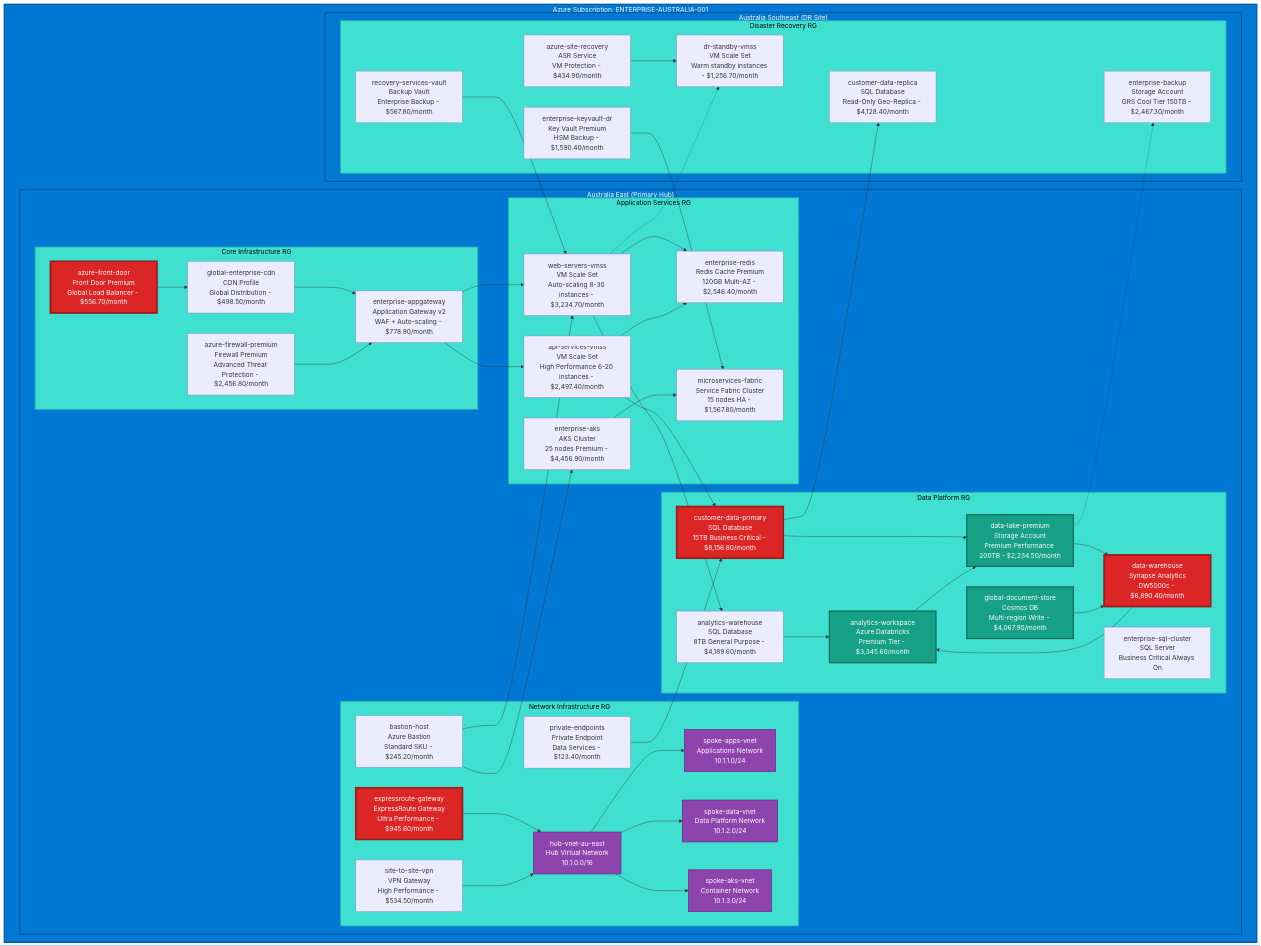
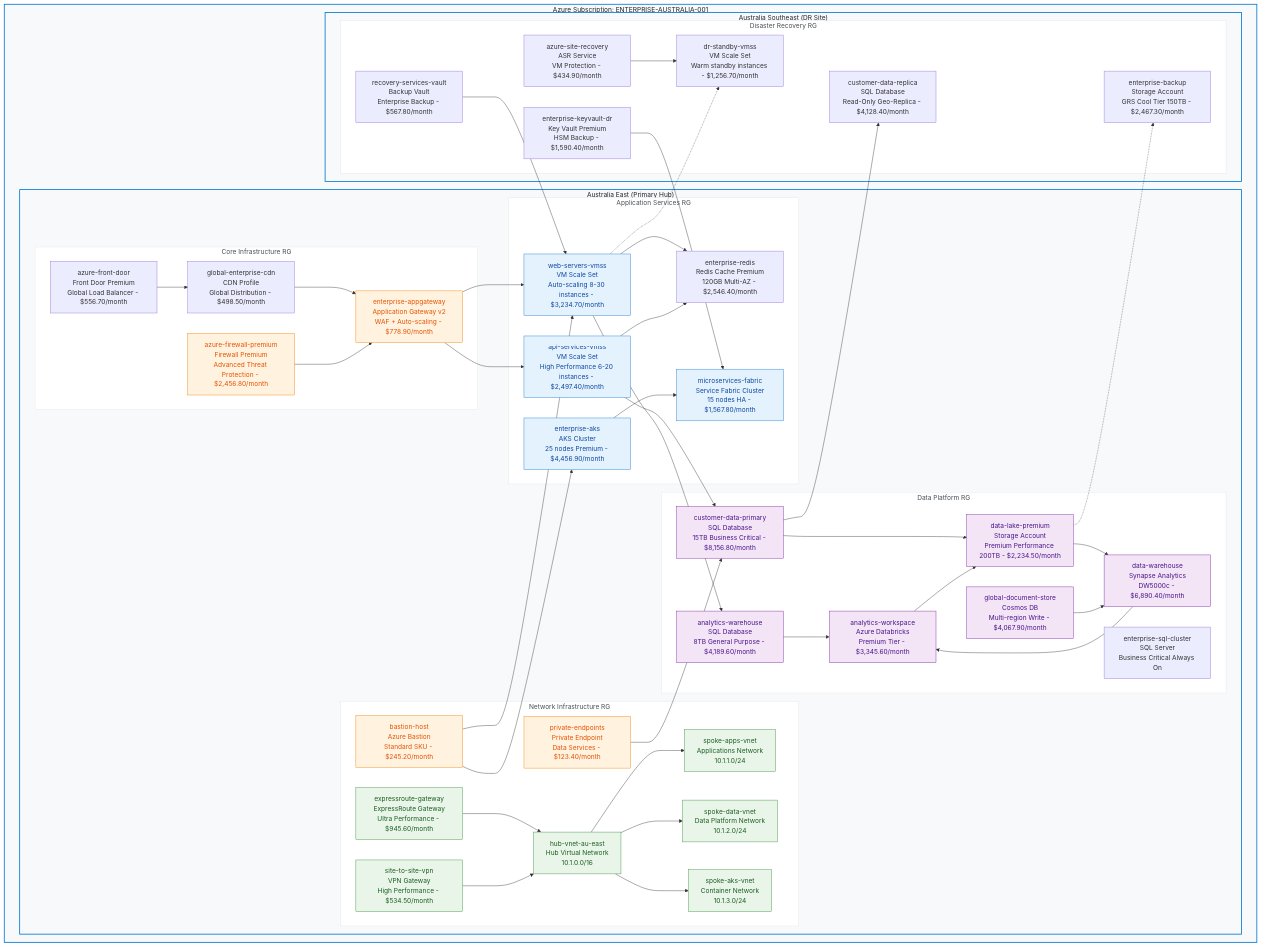
The first of 3 diagrams in README.md (navidrast/cloudviz), drawn with Mermaid before and after one commit. The commit also changed other lines of this file, not shown here.

First line of the commit message:
style:  Beautiful minimal portal-style colors for all cloud diagrams

````diff
--- a/README.md
+++ b/README.md
@@ -18,63 +18,64 @@
 %% CloudViz Auto-Generated Infrastructure Diagram
 %% Scan Date: 2025-09-20 | Resources: 38 | Regions: 4 | Monthly Cost: $24,567.80
 flowchart TD
-    subgraph azure[" Azure Subscription: ENTERPRISE-AUSTRALIA-001"]
-        subgraph au_east[" Australia East (Primary Hub)"]
-            subgraph core_rg[" Core Infrastructure RG"]
-                cdn[" global-enterprise-cdn<br/>CDN Profile<br/>Global Distribution - $498.50/month"]
-                firewall[" azure-firewall-premium<br/>Firewall Premium<br/>Advanced Threat Protection - $2,456.80/month"]
-                appgw[" enterprise-appgateway<br/>Application Gateway v2<br/>WAF + Auto-scaling - $778.90/month"]
-                frontdoor[" azure-front-door<br/>Front Door Premium<br/>Global Load Balancer - $556.70/month"]
+    subgraph azure["Azure Subscription: ENTERPRISE-AUSTRALIA-001"]
+        subgraph au_east["Australia East (Primary Hub)"]
+            subgraph core_rg["Core Infrastructure RG"]
+                cdn["global-enterprise-cdn<br/>CDN Profile<br/>Global Distribution - $498.50/month"]
+                firewall["azure-firewall-premium<br/>Firewall Premium<br/>Advanced Threat Protection - $2,456.80/month"]
+                appgw["enterprise-appgateway<br/>Application Gateway v2<br/>WAF + Auto-scaling - $778.90/month"]
+                frontdoor["azure-front-door<br/>Front Door Premium<br/>Global Load Balancer - $556.70/month"]
             end
             
-            subgraph app_rg[" Application Services RG"]
-                vmss_web[" web-servers-vmss<br/>VM Scale Set<br/>Auto-scaling 8-30 instances - $3,234.70/month"]
-                vmss_api[" api-services-vmss<br/>VM Scale Set<br/>High Performance 6-20 instances - $2,497.40/month"]
-                redis_cache[" enterprise-redis<br/>Redis Cache Premium<br/>120GB Multi-AZ - $2,546.40/month"]
-                service_fabric[" microservices-fabric<br/>Service Fabric Cluster<br/>15 nodes HA - $1,567.80/month"]
-                aks_cluster[" enterprise-aks<br/>AKS Cluster<br/>25 nodes Premium - $4,456.90/month"]
+            subgraph app_rg["Application Services RG"]
+                vmss_web["web-servers-vmss<br/>VM Scale Set<br/>Auto-scaling 8-30 instances - $3,234.70/month"]
+                vmss_api["api-services-vmss<br/>VM Scale Set<br/>High Performance 6-20 instances - $2,497.40/month"]
+                redis_cache["enterprise-redis<br/>Redis Cache Premium<br/>120GB Multi-AZ - $2,546.40/month"]
+                service_fabric["microservices-fabric<br/>Service Fabric Cluster<br/>15 nodes HA - $1,567.80/month"]
+                aks_cluster["enterprise-aks<br/>AKS Cluster<br/>25 nodes Premium - $4,456.90/month"]
             end
             
-            subgraph data_rg[" Data Platform RG"]
-                sqlserver[" enterprise-sql-cluster<br/>SQL Server<br/>Business Critical Always On"]
-                sqldb_primary[" customer-data-primary<br/>SQL Database<br/>15TB Business Critical - $8,156.80/month"]
-                sqldb_analytics[" analytics-warehouse<br/>SQL Database<br/>8TB General Purpose - $4,189.60/month"]
-                cosmos_global[" global-document-store<br/>Cosmos DB<br/>Multi-region Write - $4,067.90/month"]
-                synapse[" data-warehouse<br/>Synapse Analytics<br/>DW5000c - $6,890.40/month"]
-                databricks[" analytics-workspace<br/>Azure Databricks<br/>Premium Tier - $3,345.60/month"]
-                storage_data[" data-lake-premium<br/>Storage Account<br/>Premium Performance 200TB - $2,234.50/month"]
+            subgraph data_rg["Data Platform RG"]
+                sqlserver["enterprise-sql-cluster<br/>SQL Server<br/>Business Critical Always On"]
+                sqldb_primary["customer-data-primary<br/>SQL Database<br/>15TB Business Critical - $8,156.80/month"]
+                sqldb_analytics["analytics-warehouse<br/>SQL Database<br/>8TB General Purpose - $4,189.60/month"]
+                cosmos_global["global-document-store<br/>Cosmos DB<br/>Multi-region Write - $4,067.90/month"]
+                synapse["data-warehouse<br/>Synapse Analytics<br/>DW5000c - $6,890.40/month"]
+                databricks["analytics-workspace<br/>Azure Databricks<br/>Premium Tier - $3,345.60/month"]
+                storage_data["data-lake-premium<br/>Storage Account<br/>Premium Performance 200TB - $2,234.50/month"]
             end
             
-            subgraph network_rg[" Network Infrastructure RG"]
-                vnet_hub[" hub-vnet-au-east<br/>Hub Virtual Network<br/>10.1.0.0/16"]
-                vnet_spoke1[" spoke-apps-vnet<br/>Applications Network<br/>10.1.1.0/24"]
-                vnet_spoke2[" spoke-data-vnet<br/>Data Platform Network<br/>10.1.2.0/24"]
-                vnet_spoke3[" spoke-aks-vnet<br/>Container Network<br/>10.1.3.0/24"]
-                expressroute[" expressroute-gateway<br/>ExpressRoute Gateway<br/>Ultra Performance - $945.60/month"]
-                vpn_gateway[" site-to-site-vpn<br/>VPN Gateway<br/>High Performance - $534.50/month"]
-                bastion[" bastion-host<br/>Azure Bastion<br/>Standard SKU - $245.20/month"]
-                private_endpoint[" private-endpoints<br/>Private Endpoint<br/>Data Services - $123.40/month"]
+            subgraph network_rg["Network Infrastructure RG"]
+                vnet_hub["hub-vnet-au-east<br/>Hub Virtual Network<br/>10.1.0.0/16"]
+                vnet_spoke1["spoke-apps-vnet<br/>Applications Network<br/>10.1.1.0/24"]
+                vnet_spoke2["spoke-data-vnet<br/>Data Platform Network<br/>10.1.2.0/24"]
+                vnet_spoke3["spoke-aks-vnet<br/>Container Network<br/>10.1.3.0/24"]
+                expressroute["expressroute-gateway<br/>ExpressRoute Gateway<br/>Ultra Performance - $945.60/month"]
+                vpn_gateway["site-to-site-vpn<br/>VPN Gateway<br/>High Performance - $534.50/month"]
+                bastion["bastion-host<br/>Azure Bastion<br/>Standard SKU - $245.20/month"]
+                private_endpoint["private-endpoints<br/>Private Endpoint<br/>Data Services - $123.40/month"]
             end
         end
 
-        subgraph au_se[" Australia Southeast (DR Site)"]
-            subgraph dr_rg[" Disaster Recovery RG"]
-                sqldb_replica[" customer-data-replica<br/>SQL Database<br/>Read-Only Geo-Replica - $4,128.40/month"]
-                storage_dr[" enterprise-backup<br/>Storage Account<br/>GRS Cool Tier 150TB - $2,467.30/month"]
-                keyvault_dr[" enterprise-keyvault-dr<br/>Key Vault Premium<br/>HSM Backup - $1,590.40/month"]
-                vmss_dr[" dr-standby-vmss<br/>VM Scale Set<br/>Warm standby instances - $1,256.70/month"]
-                site_recovery[" azure-site-recovery<br/>ASR Service<br/>VM Protection - $434.90/month"]
-                backup_vault[" recovery-services-vault<br/>Backup Vault<br/>Enterprise Backup - $567.80/month"]
+        subgraph au_se["Australia Southeast (DR Site)"]
+            subgraph dr_rg["Disaster Recovery RG"]
+                sqldb_replica["customer-data-replica<br/>SQL Database<br/>Read-Only Geo-Replica - $4,128.40/month"]
+                storage_dr["enterprise-backup<br/>Storage Account<br/>GRS Cool Tier 150TB - $2,467.30/month"]
+                keyvault_dr["enterprise-keyvault-dr<br/>Key Vault Premium<br/>HSM Backup - $1,590.40/month"]
+                vmss_dr["dr-standby-vmss<br/>VM Scale Set<br/>Warm standby instances - $1,256.70/month"]
+                site_recovery["azure-site-recovery<br/>ASR Service<br/>VM Protection - $434.90/month"]
+                backup_vault["recovery-services-vault<br/>Backup Vault<br/>Enterprise Backup - $567.80/month"]
             end
         end
     end
 
-    %% Multi-Cloud Styling and Flow
-    classDef azureMain fill:#0078d4,stroke:#005a9e,stroke-width:3px,color:#fff
-    classDef azureSecondary fill:#40e0d0,stroke:#20b2aa,stroke-width:2px,color:#000
-    classDef criticalPath fill:#dc2626,stroke:#991b1b,stroke-width:4px,color:#fff
-    classDef dataFlow fill:#16a085,stroke:#0e6b5d,stroke-width:3px,color:#fff
-    classDef networkFlow fill:#8e44ad,stroke:#6a3093,stroke-width:2px,color:#fff
+    %% Beautiful Azure Portal Style Colors - Clean & Minimal
+    classDef azureMain fill:#f8f9fa,stroke:#0078d4,stroke-width:2px,color:#212529
+    classDef azureGroup fill:#ffffff,stroke:#e1e5e9,stroke-width:1px,color:#495057
+    classDef azureCompute fill:#e3f2fd,stroke:#1976d2,stroke-width:1px,color:#0d47a1
+    classDef azureData fill:#f3e5f5,stroke:#7b1fa2,stroke-width:1px,color:#4a148c
+    classDef azureNetwork fill:#e8f5e8,stroke:#388e3c,stroke-width:1px,color:#1b5e20
+    classDef azureSecurity fill:#fff3e0,stroke:#f57c00,stroke-width:1px,color:#e65100
 
     %% Core Application Flow
     frontdoor --> cdn
@@ -116,10 +117,11 @@
     keyvault_dr --> service_fabric
     bastion --> aks_cluster
 
-    %% Apply Styling
+    %% Apply Beautiful Azure Portal Styling
     class azure,au_east,au_se azureMain
-    class core_rg,app_rg,data_rg,network_rg,dr_rg azureSecondary
-    class frontdoor,expressroute,sqldb_primary,synapse criticalPath
-    class storage_data,databricks,cosmos_global dataFlow
-    class vnet_hub,vnet_spoke1,vnet_spoke2,vnet_spoke3 networkFlow
+    class core_rg,app_rg,data_rg,network_rg,dr_rg azureGroup
+    class vmss_web,vmss_api,aks_cluster,service_fabric azureCompute
+    class sqldb_primary,sqldb_analytics,cosmos_global,synapse,databricks,storage_data azureData
+    class vnet_hub,vnet_spoke1,vnet_spoke2,vnet_spoke3,expressroute,vpn_gateway azureNetwork
+    class firewall,appgw,bastion,private_endpoint azureSecurity
 ```
````
